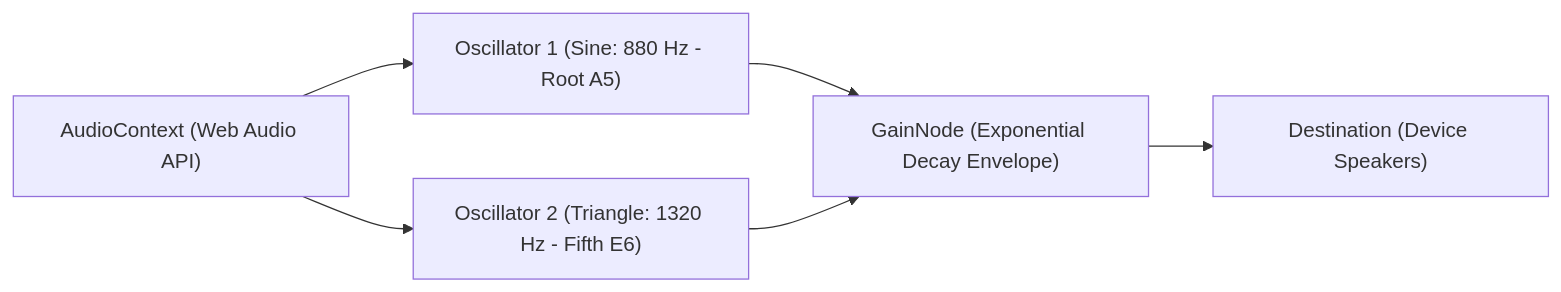
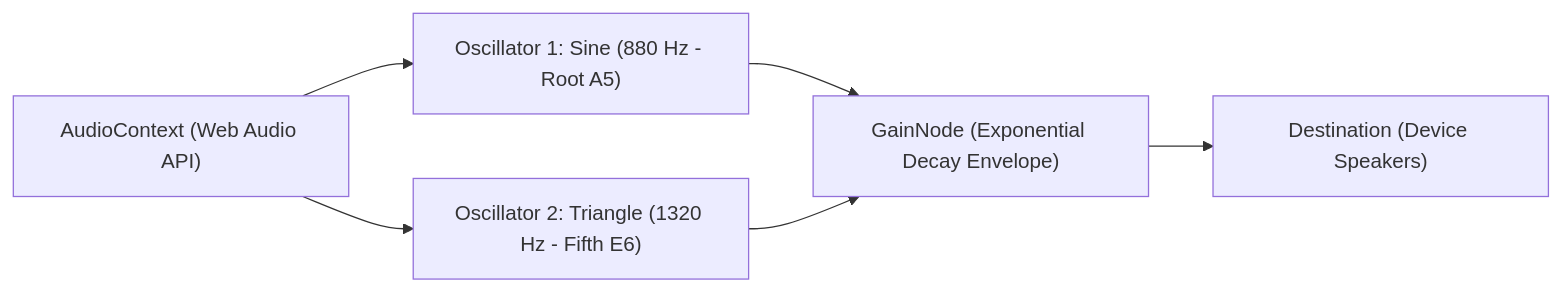
One commit to ihjohny/DeliveryOS changed the diagram in context_docs/architecture-decision-records/ADR-007-web-audio-api-synthesized-kds-chime.md. Above: the diagram before and after it, drawn with Mermaid. The commit also changed other lines of this file and 8 other files, not shown here.

````diff
--- a/context_docs/architecture-decision-records/ADR-007-web-audio-api-synthesized-kds-chime.md
+++ b/context_docs/architecture-decision-records/ADR-007-web-audio-api-synthesized-kds-chime.md
@@ -28,14 +36,14 @@
 ```mermaid
 flowchart LR
     Ctx["AudioContext (Web Audio API)"]
-    Osc1["Oscillator 1 (Sine: 880 Hz - Root A5)"]
-    Osc2["Oscillator 2 (Triangle: 1320 Hz - Fifth E6)"]
+    Osc1["Oscillator 1: Sine (880 Hz - Root A5)"]
+    Osc2["Oscillator 2: Triangle (1320 Hz - Fifth E6)"]
     Gain["GainNode (Exponential Decay Envelope)"]
     Speakers["Destination (Device Speakers)"]
 
     Ctx --> Osc1
     Ctx --> Osc2
     Osc1 --> Gain
     Osc2 --> Gain
     Gain --> Speakers
 ```
````
